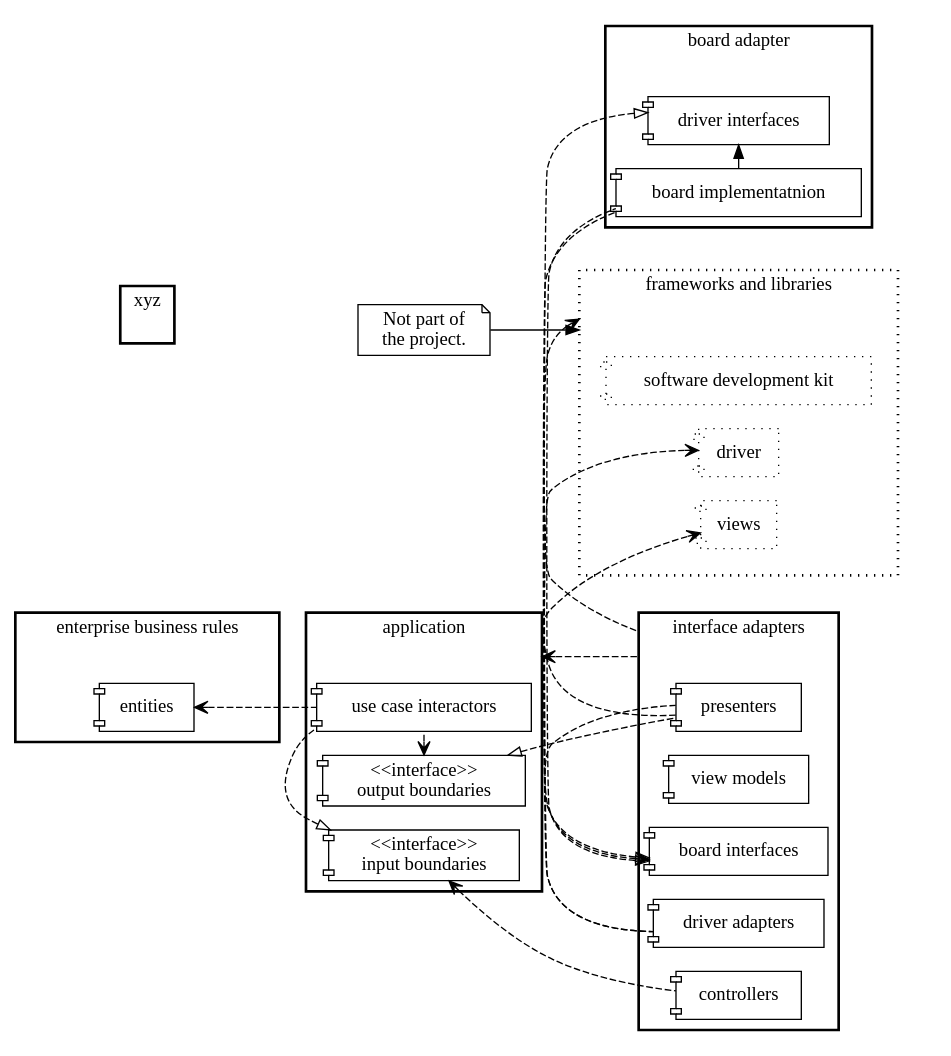
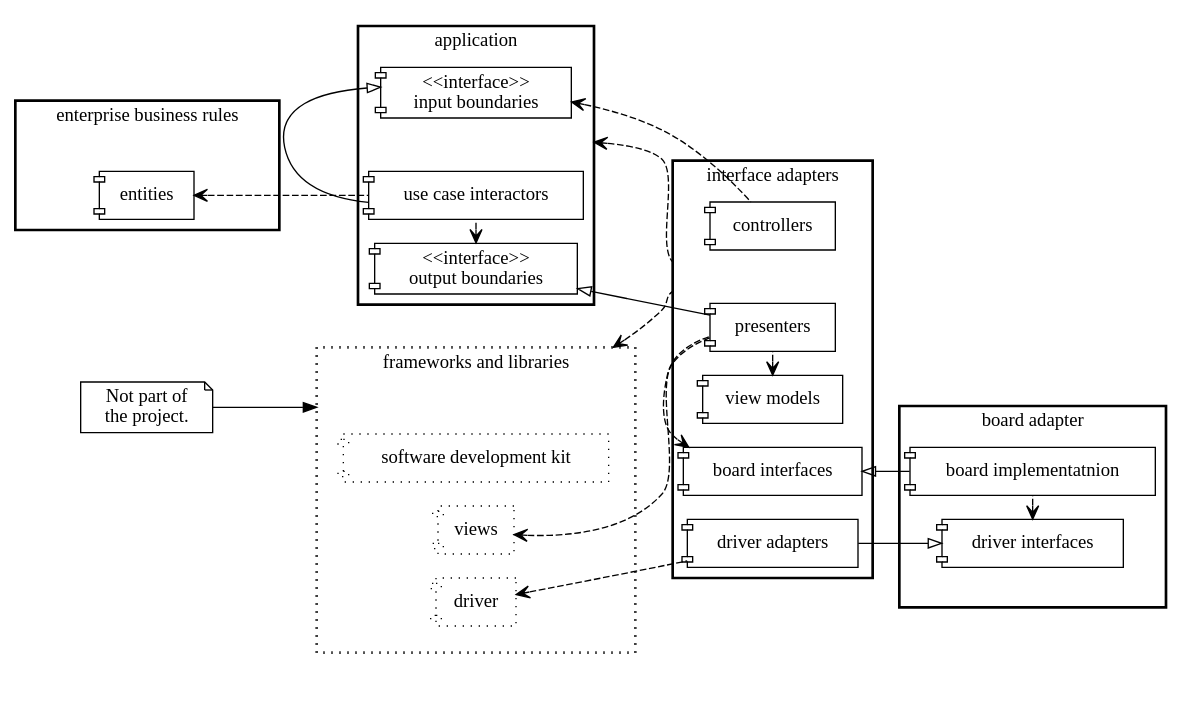
One commit to Task-Tracker-Systems/Task-Tracker-Device changed the diagram in doc/layers.dot. Above: the diagram before and after it, drawn with Graphviz.

```diff
--- a/doc/layers.dot
+++ b/doc/layers.dot
@@ -1,103 +1,100 @@
 digraph G {
   compound=true;
   node [shape="component"]
   newrank=true;
   rankdir="LR";
   concentrate=true;
   
   
   subgraph cluster_ebr {
       label = "enterprise business rules";
       rank="same";
       style="bold";
       ebr [shape=point style=invis];
       
       entities;
   }
   
   subgraph cluster_app {
       label = "application";
       rank="same";
       style="bold";
       app [shape=point style=invis];
       
       ob [label="<<interface>>\n output boundaries"]
       uc [label="use case interactors"]
       ib [label="<<interface>>\n input boundaries"]
   }
   
   
    subgraph clusterX_margin
    {
      style=invis
      margin=20.0
   
   subgraph cluster_thirdparty {
       label = "frameworks and libraries";
       rank="same";
       node [style="dotted"];
       style="bold,dotted";
       thirdparty[shape=point style=invis];
       
       sdk [label="software development kit"]
       driver;
       views;
   }
    }
   
   subgraph cluster_ia {
       label = "interface adapters";
       rank="same";
       style="bold";
       ia [shape=point style=invis];
       
-      controllers, presenters, "view models"
+      controllers, presenters;
+      view_models [label="view models"];
       bi [label="board interfaces"]
       da [label="driver adapters"]
   };
-  
-   subgraph clusterX_xyz
-   {
-  
-      label = "xyz";
-      rank="same";
-      style="bold";
-      xyz [shape=point style=invis];
-   }
   
   subgraph cluster_board {
       label = "board adapter";
       rank="same";
       style="bold";
       driver_interface [label="driver interfaces"]
       board [shape=point style=invis];
       board_impl [label="board implementatnion"]
-      board_impl -> driver_interface;
       
   }
   
   n1 [label="Not part of\nthe project.", shape="note"]
   n1 -> thirdparty [lhead="cluster_thirdparty"];
   
   { 
       rank=same; 
-      ia, thirdparty, board;
+      // ia, thirdparty;
+  }
+  
+  {
+      edge [arrowhead=onormal];
+      board_impl -> bi;
+      uc -> ib;
+      presenters -> ob;
+      da -> driver_interface;
   }
   
   {
       // dependencies
       edge [style="dashed", arrowtail="vee", dir="back"];
       thirdparty -> ia [ltail="cluster_thirdparty", lhead="cluster_ia"];
       entities -> uc;
-      bi -> board_impl [arrowtail=onormal];
       app -> ia [ltail=cluster_app, lhead=cluster_ia];
       ib -> controllers;
       ob -> uc;
-      ib -> uc [arrowtail=onormal];
-      ob -> presenters [arrowtail=onormal];
-      driver_interface -> da [arrowtail=onormal];
        driver -> da;
       views -> presenters;
+      view_models -> presenters;
       bi -> presenters;
+      driver_interface -> board_impl;
   } 
 }
```
